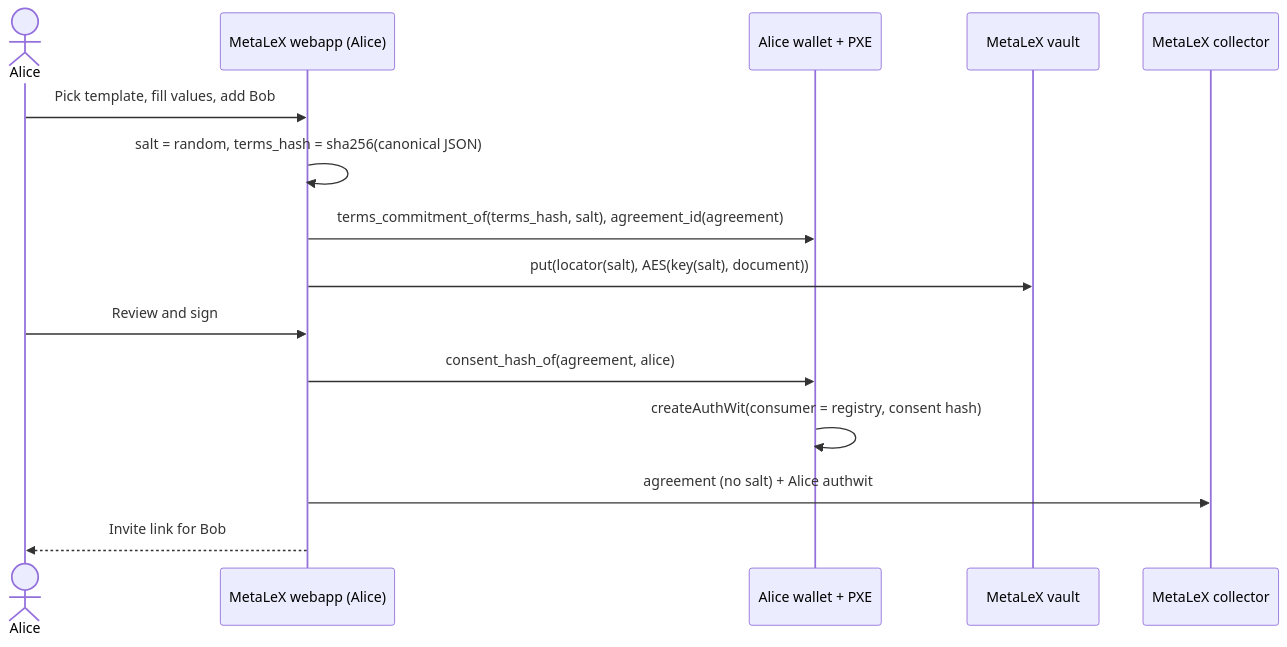
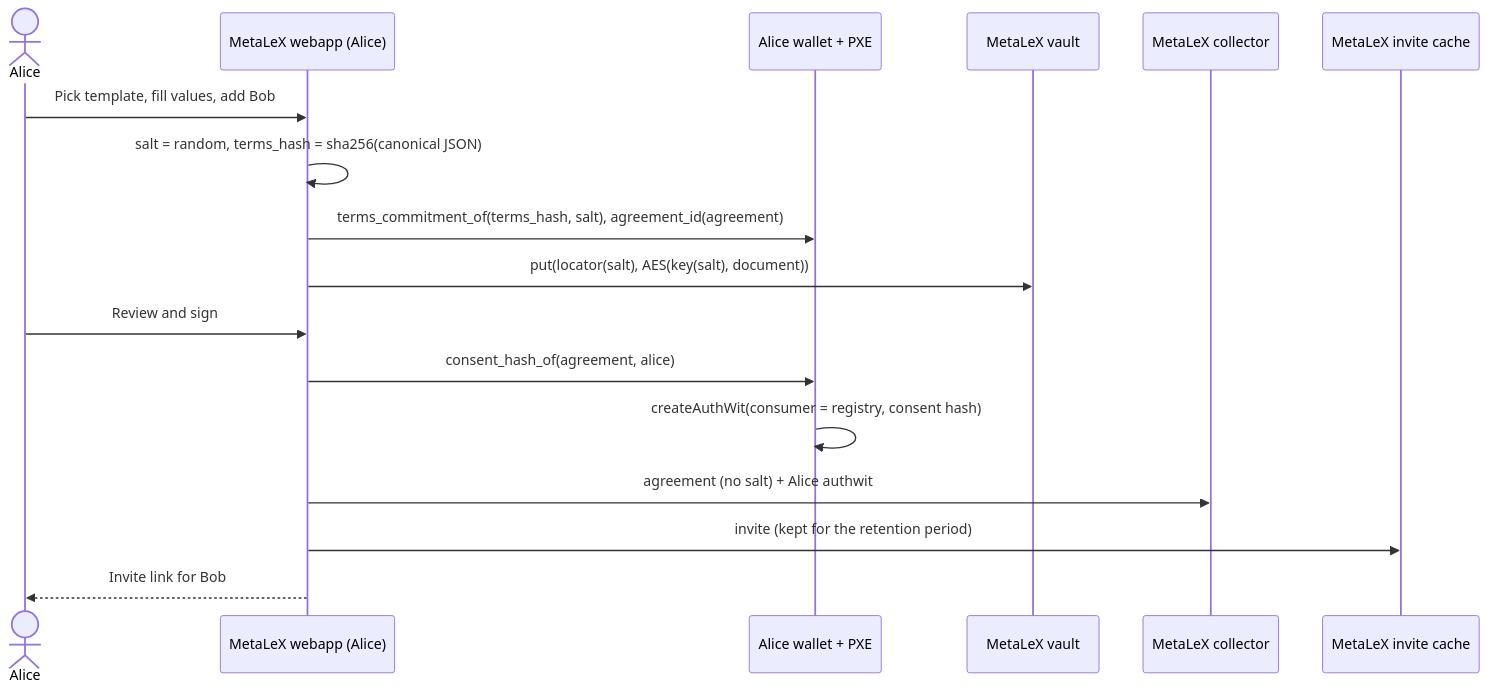
One commit to MetaLex-Tech/cybercorps-contracts changed the first of 3 diagrams in aztec/USER-FLOWS.md. Above: the diagram before and after it, drawn with Mermaid. The commit also changed other lines of this file and 2 other files, not shown here.

Commit message:
chore: identify privacy levels in architectures

````diff
--- a/aztec/USER-FLOWS.md
+++ b/aztec/USER-FLOWS.md
@@ -20,18 +20,20 @@
 ```mermaid
 sequenceDiagram
   actor Alice
   participant App as MetaLeX webapp (Alice)
   participant PXE as Alice wallet + PXE
   participant Vault as MetaLeX vault
   participant Collector as MetaLeX collector
+  participant Cache as MetaLeX invite cache
 
   Alice->>App: Pick template, fill values, add Bob
   App->>App: salt = random, terms_hash = sha256(canonical JSON)
   App->>PXE: terms_commitment_of(terms_hash, salt), agreement_id(agreement)
   App->>Vault: put(locator(salt), AES(key(salt), document))
   Alice->>App: Review and sign
   App->>PXE: consent_hash_of(agreement, alice)
   PXE->>PXE: createAuthWit(consumer = registry, consent hash)
   App->>Collector: agreement (no salt) + Alice authwit
+  App->>Cache: invite (kept for the retention period)
   App-->>Alice: Invite link for Bob
 ```
````
